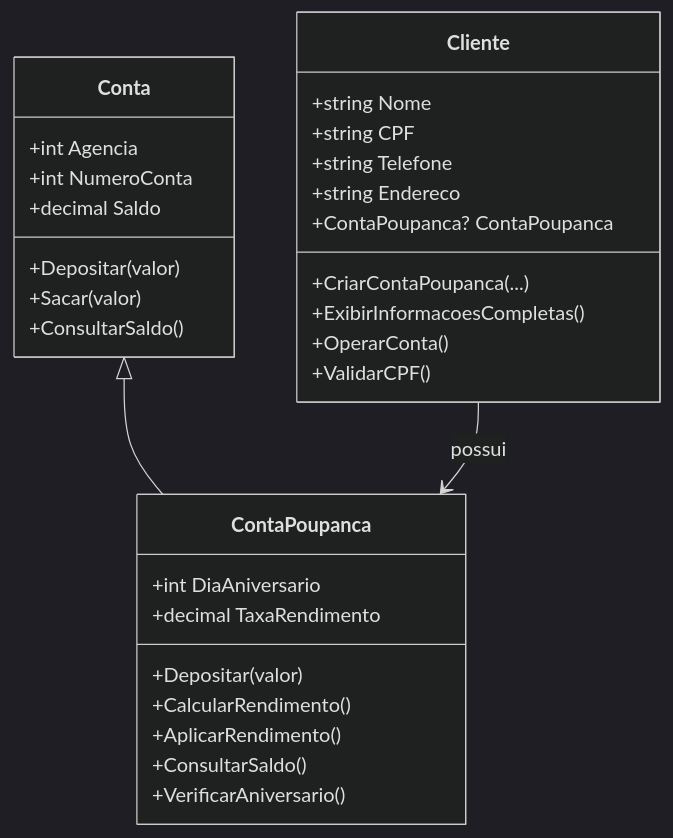
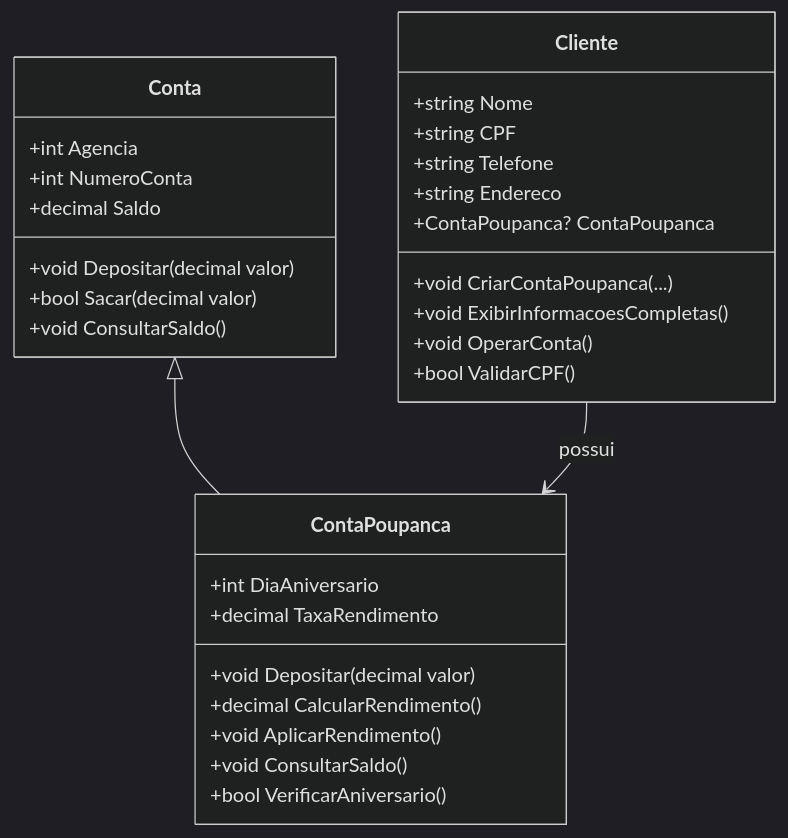
One commit to luiscarlosjunior/aulas-graduacao changed the fourth of 4 diagrams in 02-programacao/csharp/03-orientacao-objetos/GUIA-DIDATICO.md. Above: the diagram before and after it, drawn with Mermaid (dark theme). The commit also changed other lines of this file and 1 other file, not shown here.

First line of the commit message:
docs: refinar diagramas e links do guia

````diff
--- a/02-programacao/csharp/03-orientacao-objetos/GUIA-DIDATICO.md
+++ b/02-programacao/csharp/03-orientacao-objetos/GUIA-DIDATICO.md
@@ -335,36 +335,36 @@
 ```mermaid
 classDiagram
     class Conta {
         +int Agencia
         +int NumeroConta
         +decimal Saldo
-        +Depositar(valor)
-        +Sacar(valor)
-        +ConsultarSaldo()
+        +void Depositar(decimal valor)
+        +bool Sacar(decimal valor)
+        +void ConsultarSaldo()
     }
 
     class ContaPoupanca {
         +int DiaAniversario
         +decimal TaxaRendimento
-        +Depositar(valor)
-        +CalcularRendimento()
-        +AplicarRendimento()
-        +ConsultarSaldo()
-        +VerificarAniversario()
+        +void Depositar(decimal valor)
+        +decimal CalcularRendimento()
+        +void AplicarRendimento()
+        +void ConsultarSaldo()
+        +bool VerificarAniversario()
     }
 
     class Cliente {
         +string Nome
         +string CPF
         +string Telefone
         +string Endereco
         +ContaPoupanca? ContaPoupanca
-        +CriarContaPoupanca(...)
-        +ExibirInformacoesCompletas()
-        +OperarConta()
-        +ValidarCPF()
+        +void CriarContaPoupanca(...)
+        +void ExibirInformacoesCompletas()
+        +void OperarConta()
+        +bool ValidarCPF()
     }
 
     Conta <|-- ContaPoupanca
     Cliente --> ContaPoupanca : possui
 ```
````
